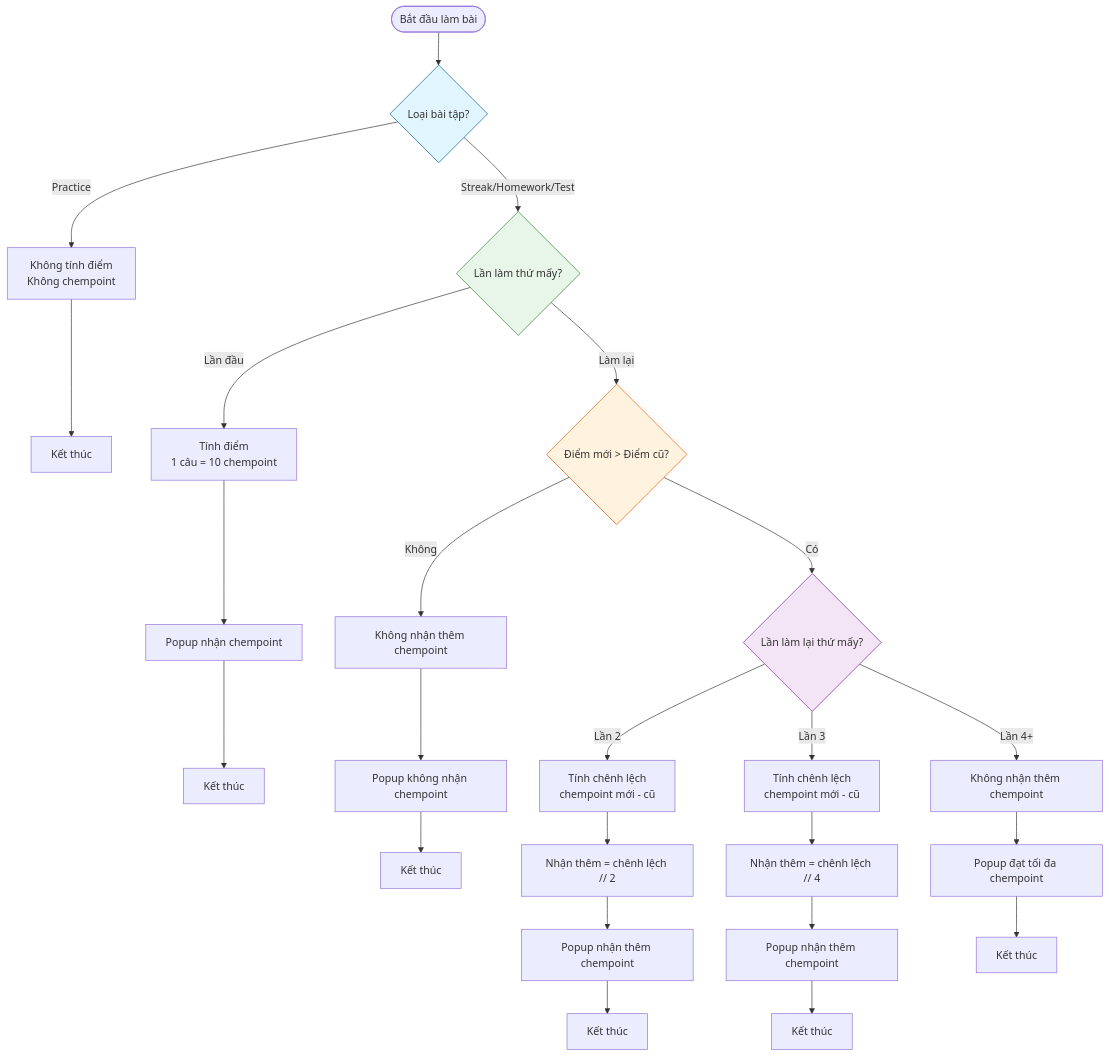
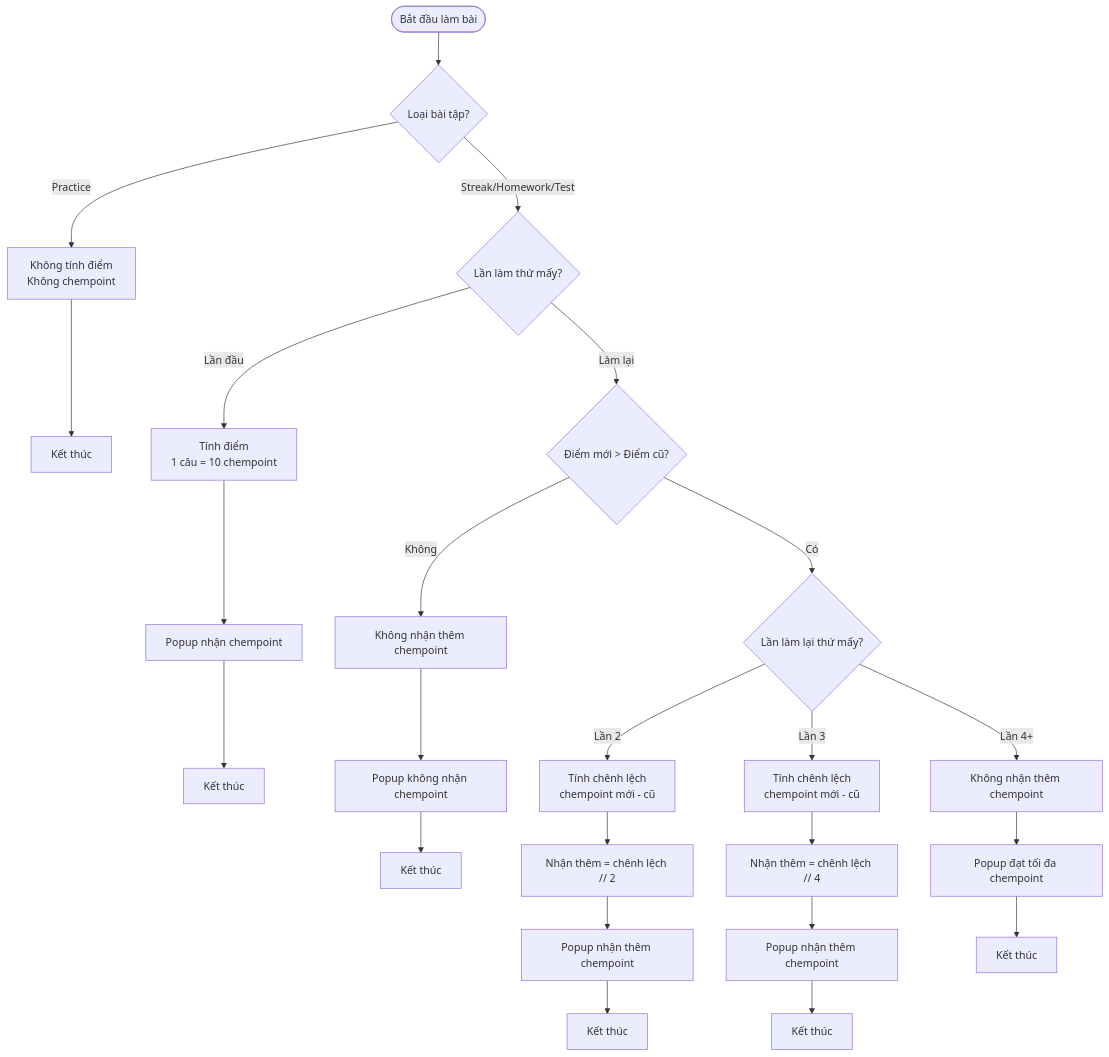
One commit to ongbadayhoa/study changed the fifth of 5 diagrams in README.md. Above: the diagram before and after it, drawn with Mermaid. The commit also changed other lines of this file, not shown here.

````diff
--- a/README.md
+++ b/README.md
@@ -223,40 +215,35 @@
 ```mermaid
 flowchart TD
     Start([Bắt đầu làm bài]) --> Type{Loại bài tập?}
     
-    Type -- Practice --> P1[Không tính điểm\nKhông chempoint]
+    Type -- Practice --> P1[Không tính điểm<br>Không chempoint]
     P1 --> P2[Kết thúc]
     
     Type -- Streak/Homework/Test --> S1{Lần làm thứ mấy?}
     
-    S1 -- Lần đầu --> F1[Tính điểm\n1 câu = 10 chempoint]
+    S1 -- Lần đầu --> F1[Tính điểm<br>1 câu = 10 chempoint]
     F1 --> F2[Popup nhận chempoint]
     F2 --> F3[Kết thúc]
     
     S1 -- Làm lại --> R1{Điểm mới > Điểm cũ?}
     
     R1 -- Không --> N1[Không nhận thêm chempoint]
     N1 --> N2[Popup không nhận chempoint]
     N2 --> N3[Kết thúc]
     
     R1 -- Có --> B1{Lần làm lại thứ mấy?}
     
-    B1 -- Lần 2 --> C1[Tính chênh lệch\nchempoint mới - cũ]
+    B1 -- Lần 2 --> C1[Tính chênh lệch<br>chempoint mới - cũ]
     C1 --> C2[Nhận thêm = chênh lệch // 2]
     C2 --> C3[Popup nhận thêm chempoint]
     C3 --> C4[Kết thúc]
     
-    B1 -- Lần 3 --> D1[Tính chênh lệch\nchempoint mới - cũ]
+    B1 -- Lần 3 --> D1[Tính chênh lệch<br>chempoint mới - cũ]
     D1 --> D2[Nhận thêm = chênh lệch // 4]
     D2 --> D3[Popup nhận thêm chempoint]
     D3 --> D4[Kết thúc]
     
     B1 -- Lần 4+ --> E1[Không nhận thêm chempoint]
     E1 --> E2[Popup đạt tối đa chempoint]
     E2 --> E3[Kết thúc]
-    
-    style Type fill:#e1f5fe,stroke:#01579b
-    style S1 fill:#e8f5e9,stroke:#2e7d32
-    style R1 fill:#fff3e0,stroke:#e65100
-    style B1 fill:#f3e5f5,stroke:#6a1b9a
 ```
````
